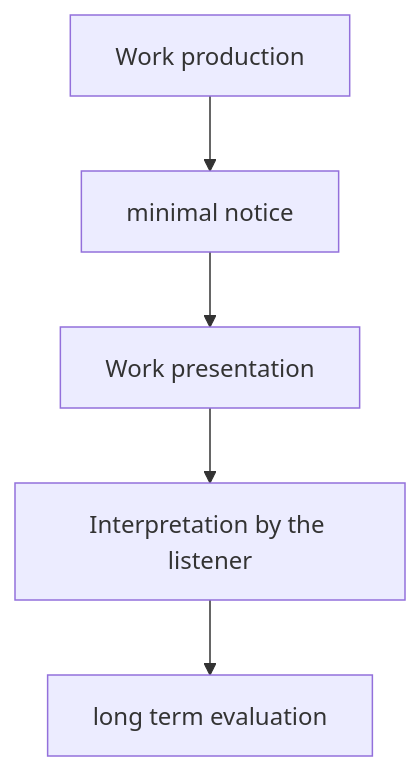
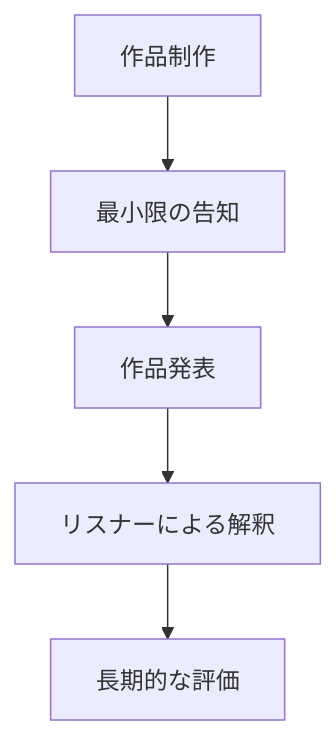
One commit to monumental-movement/monumental-movement.github.io changed the sixth of 10 diagrams in en/_posts/2026-07-18-column-boards-of-canada.md. Above: the diagram before and after it, drawn with Mermaid. The commit also changed other lines of this file and 2196 other files, not shown here.

```diff
--- a/en/_posts/2026-07-18-column-boards-of-canada.md
+++ b/en/_posts/2026-07-18-column-boards-of-canada.md
@@ -627,7 +626,7 @@
 <div class="mermaid">
 flowchart TD
-A[Work production] --> B[minimal notice]
-B --> C[Work presentation]
-C --> D[Interpretation by the listener]
-D --> E[long term evaluation]
+A[作品制作] --> B[最小限の告知]
+B --> C[作品発表]
+C --> D[リスナーによる解釈]
+D --> E[長期的な評価]
 </div>
```
